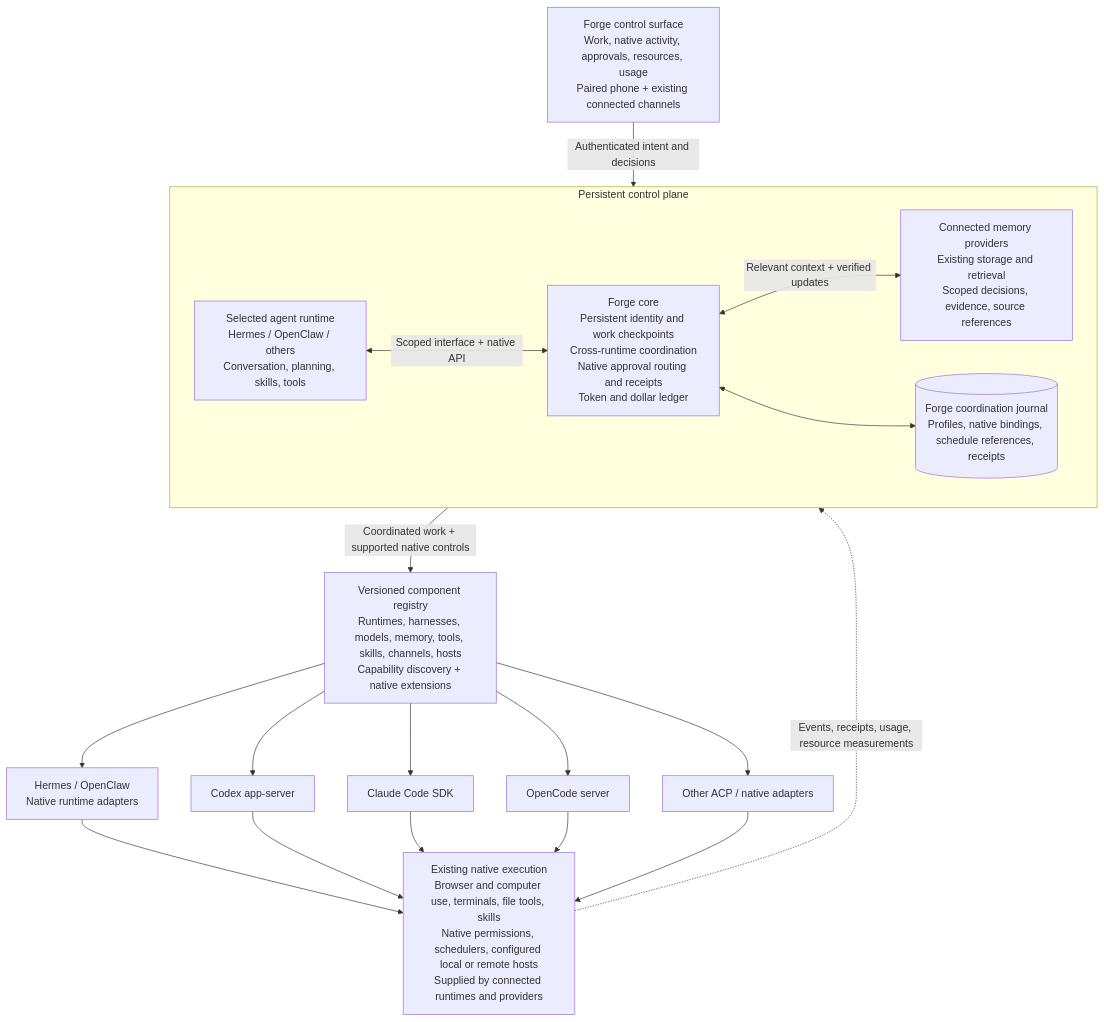
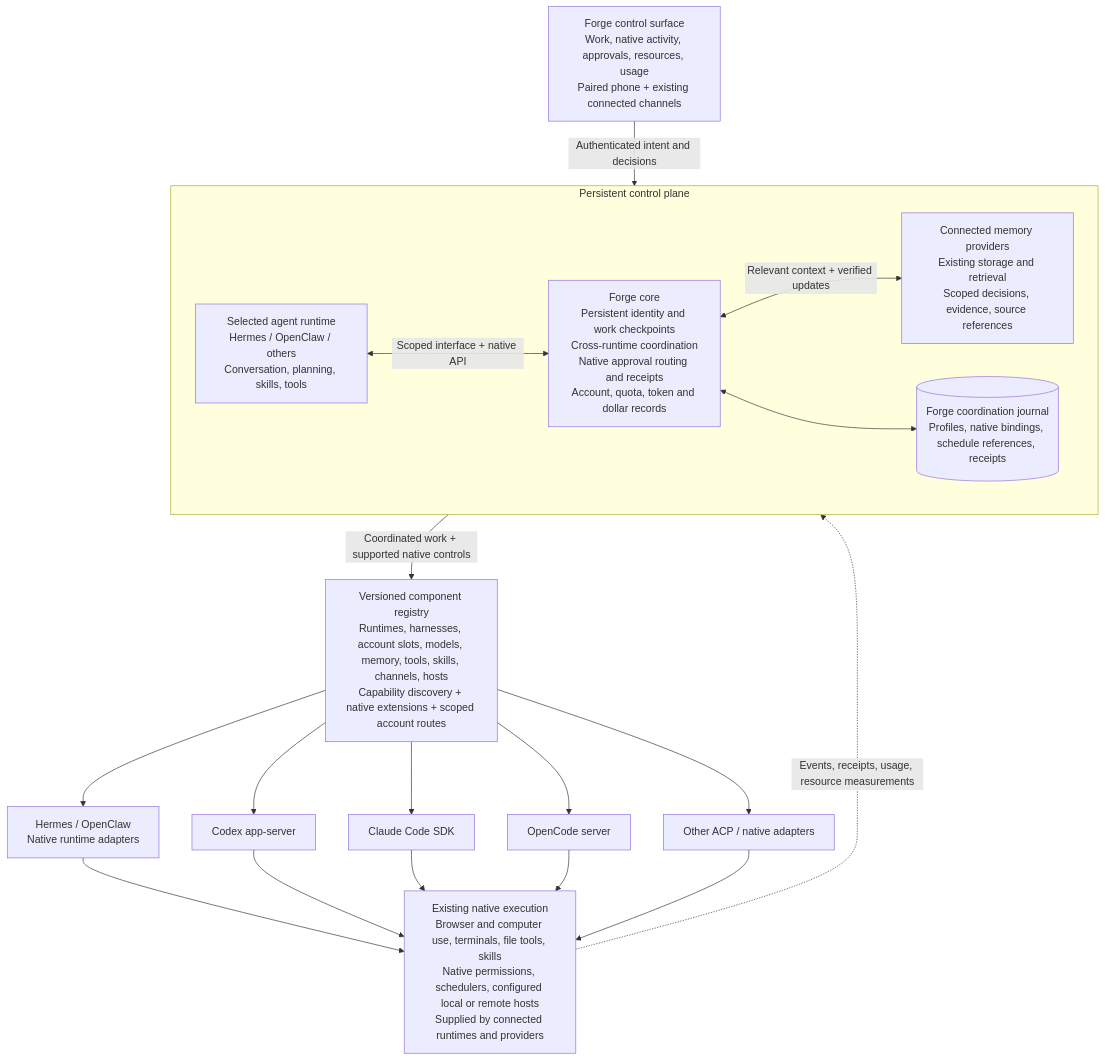
One commit to darshanahirrao/forge changed the diagram in docs/diagrams/architecture.mmd. Above: the diagram before and after it, drawn with Mermaid. The commit also changed 11 other files, not shown here.

Commit message:
Design multi-account continuity and native quota visibility

```diff
--- a/docs/diagrams/architecture.mmd
+++ b/docs/diagrams/architecture.mmd
@@ -1,22 +1,22 @@
 flowchart TB
   surfaces["Forge control surface<br/>Work, native activity, approvals, resources, usage<br/>Paired phone + existing connected channels"]
   subgraph plane["Persistent control plane"]
     direction LR
     runtime["Selected agent runtime<br/>Hermes / OpenClaw / others<br/>Conversation, planning, skills, tools"]
-    core["Forge core<br/>Persistent identity and work checkpoints<br/>Cross-runtime coordination<br/>Native approval routing and receipts<br/>Token and dollar ledger"]
+    core["Forge core<br/>Persistent identity and work checkpoints<br/>Cross-runtime coordination<br/>Native approval routing and receipts<br/>Account, quota, token and dollar records"]
     memory["Connected memory providers<br/>Existing storage and retrieval<br/>Scoped decisions, evidence, source references"]
     journal[("Forge coordination journal<br/>Profiles, native bindings, schedule references, receipts")]
     runtime <-->|"Scoped interface + native API"| core
     core <-->|"Relevant context + verified updates"| memory
     core <--> journal
   end
   surfaces -->|"Authenticated intent and decisions"| core
-  contract["Versioned component registry<br/>Runtimes, harnesses, models, memory, tools, skills, channels, hosts<br/>Capability discovery + native extensions"]
+  contract["Versioned component registry<br/>Runtimes, harnesses, account slots, models, memory, tools, skills, channels, hosts<br/>Capability discovery + native extensions + scoped account routes"]
   core -->|"Coordinated work + supported native controls"| contract
   contract --> h["Hermes / OpenClaw<br/>Native runtime adapters"]
   contract --> c["Codex app-server"]
   contract --> a["Claude Code SDK"]
   contract --> o["OpenCode server"]
   contract --> x["Other ACP / native adapters"]
   h & c & a & o & x --> workers["Existing native execution<br/>Browser and computer use, terminals, file tools, skills<br/>Native permissions, schedulers, configured local or remote hosts<br/>Supplied by connected runtimes and providers"]
   workers -.->|"Events, receipts, usage, resource measurements"| core
```
